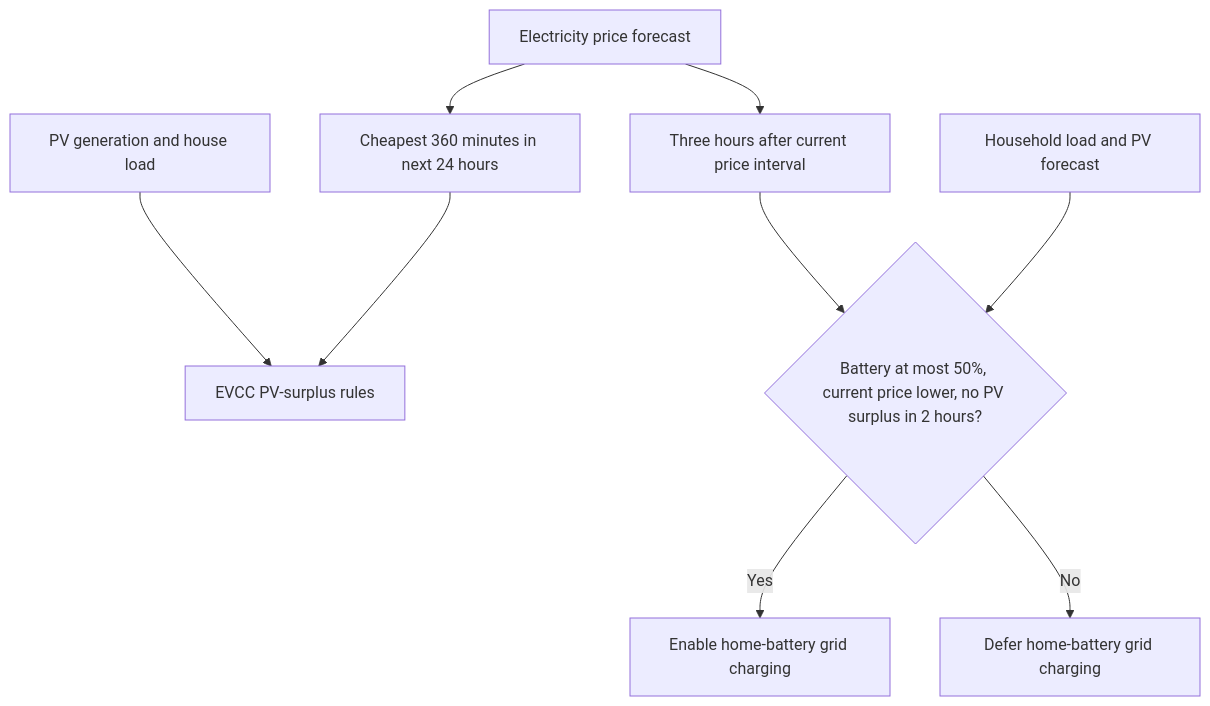
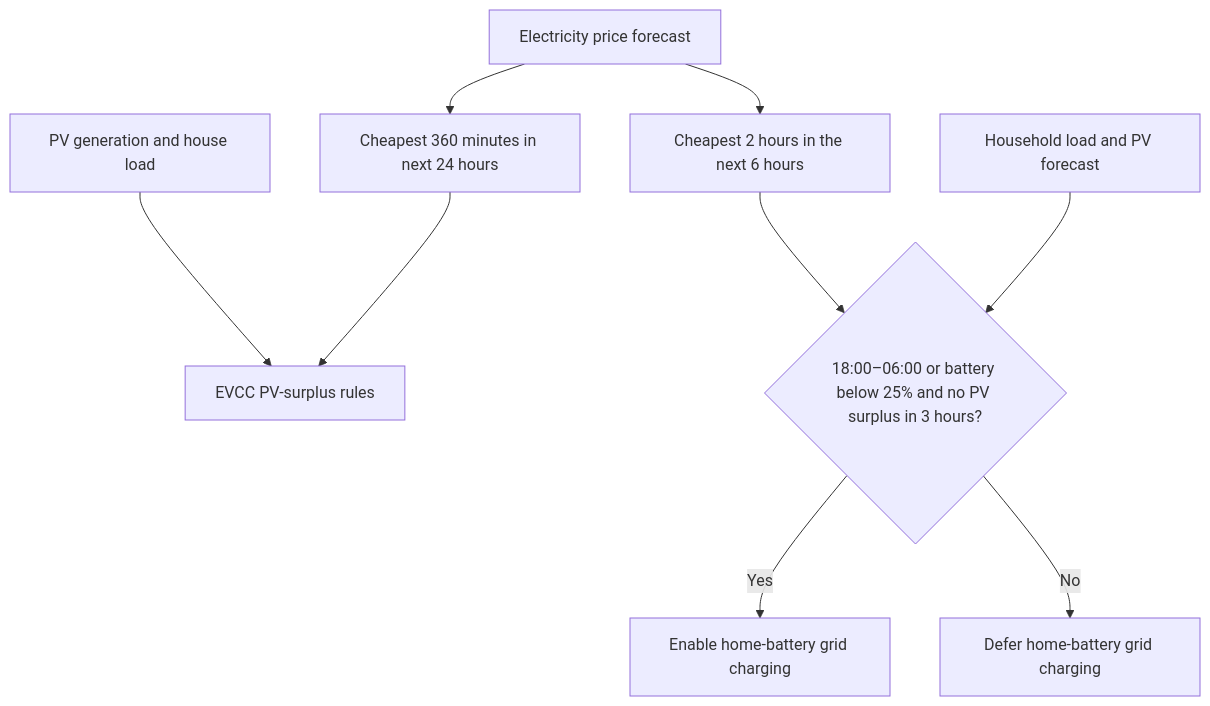
One commit to synb10se/docs changed the diagram in home-assistant/evcc/EVCC_PREISOPTIMIERUNG.en.md. Above: the diagram before and after it, drawn with Mermaid. The commit also changed other lines of this file and 1 other file, not shown here.

Commit message:
Optimierung Hausbatterie

````diff
--- a/home-assistant/evcc/EVCC_PREISOPTIMIERUNG.en.md
+++ b/home-assistant/evcc/EVCC_PREISOPTIMIERUNG.en.md
@@ -15,12 +15,12 @@
 ```mermaid
 flowchart TD
     PV["PV generation and house load"] --> W["EVCC PV-surplus rules"]
 
     P["Electricity price forecast"] --> W24["Cheapest 360 minutes in next 24 hours"]
     W24 --> W
-    P --> P3["Three hours after current price interval"]
-    P3 --> G{"Battery at most 50%, current price lower, no PV surplus in 2 hours?"}
+    P --> P6["Cheapest 2 hours in the next 6 hours"]
+    P6 --> G{"18:00–06:00 or battery below 25% and no PV surplus in 3 hours?"}
     G -->|Yes| N["Enable home-battery grid charging"]
     G -->|No| X["Defer home-battery grid charging"]
     T["Household load and PV forecast"] --> G
 ```
````
